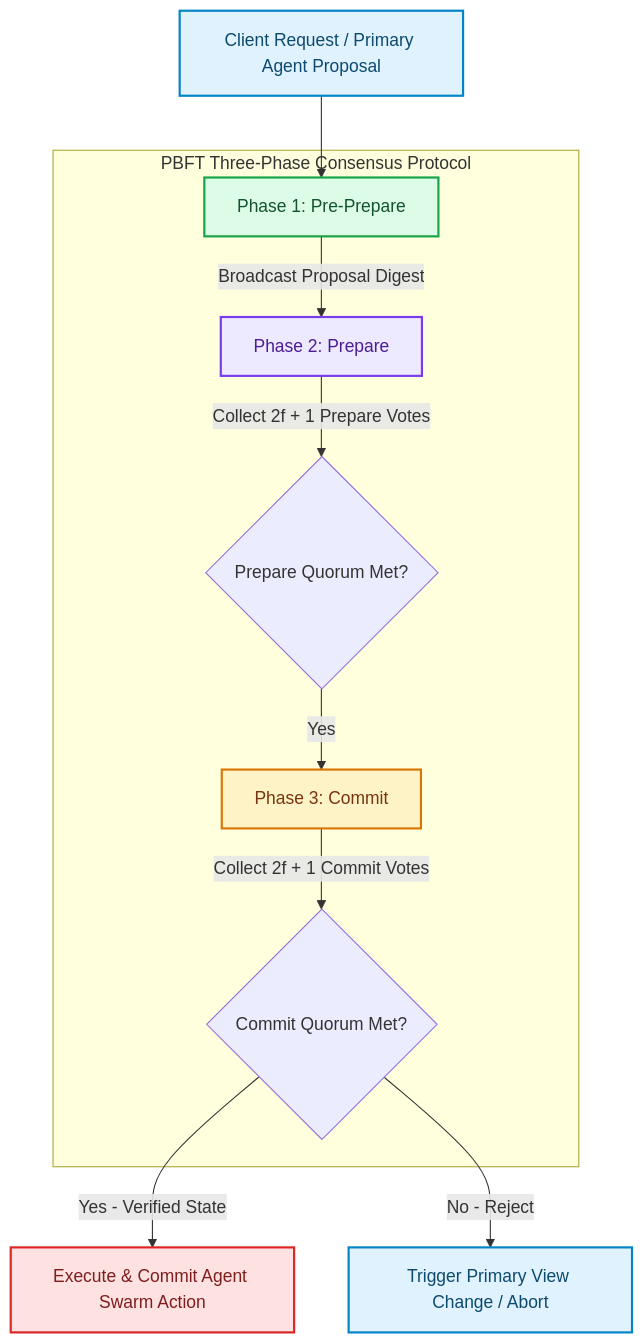
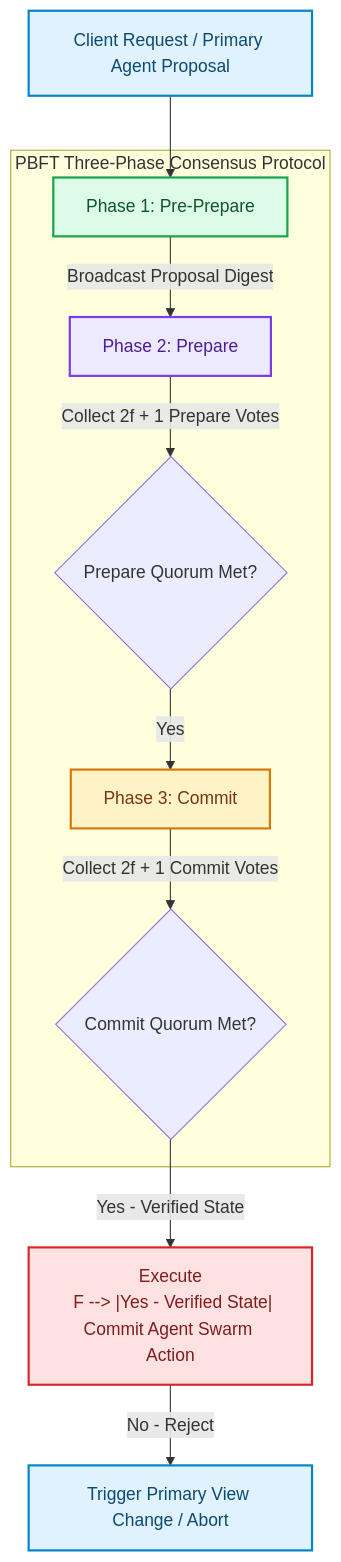
One commit to akmalkhaniub/akmalkhaniub.github.io changed the diagram in blog/posts/byzantine-fault-tolerance-collaborative-agent-swarms.md. Above: the diagram before and after it, drawn with Mermaid. The commit also changed other lines of this file and 894 other files, not shown here.

Commit message:
feat(blog): upgrade all 444 posts with unique staggered dates, 2-col Mermaid spines, benchmark tables, code blocks, and trade-offs

````diff
--- a/blog/posts/byzantine-fault-tolerance-collaborative-agent-swarms.md
+++ b/blog/posts/byzantine-fault-tolerance-collaborative-agent-swarms.md
@@ -20,26 +20,27 @@
 ```mermaid
 flowchart TD
   A["Client Request / Primary Agent Proposal"] --> B["Phase 1: Pre-Prepare"]
   
   subgraph SG1_PbftThreePhase ["PBFT Three-Phase Consensus Protocol"]
     B -->|Broadcast Proposal Digest| C["Phase 2: Prepare"]
     C -->|Collect 2f + 1 Prepare Votes| D{Prepare Quorum Met?}
     
     D -->|Yes| E["Phase 3: Commit"]
     E -->|Collect 2f + 1 Commit Votes| F{Commit Quorum Met?}
   end
   
-  F -->|Yes - Verified State| G["Execute & Commit Agent Swarm Action"]
-  F -->|No - Reject| H["Trigger Primary View Change / Abort"]
+  F --> |Yes - Verified State| G["Execute
+  F --> |Yes - Verified State| Commit Agent Swarm Action"]
+  G --> |No - Reject| H["Trigger Primary View Change / Abort"]
 
 classDef green fill:#dcfce7,stroke:#16a34a,stroke-width:2px,color:#14532d;
 classDef red fill:#fee2e2,stroke:#dc2626,stroke-width:2px,color:#7f1d1d;
 classDef blue fill:#e0f2fe,stroke:#0284c7,stroke-width:2px,color:#0c4a6e;
 classDef yellow fill:#fef3c7,stroke:#d97706,stroke-width:2px,color:#78350f;
 classDef purple fill:#ede9fe,stroke:#7c3aed,stroke-width:2px,color:#4c1d95;
 class A,H blue
 class B green
 class C purple
 class E yellow
 class G red
 ```
````
